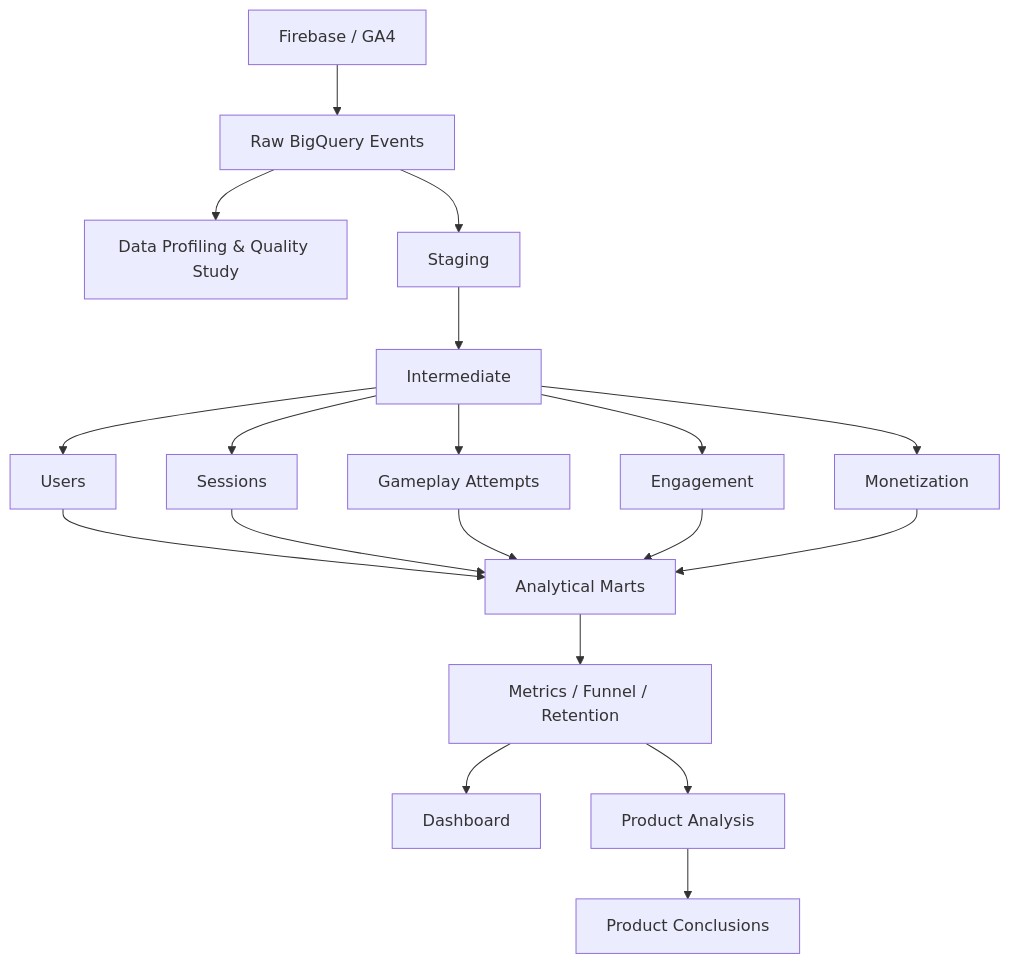
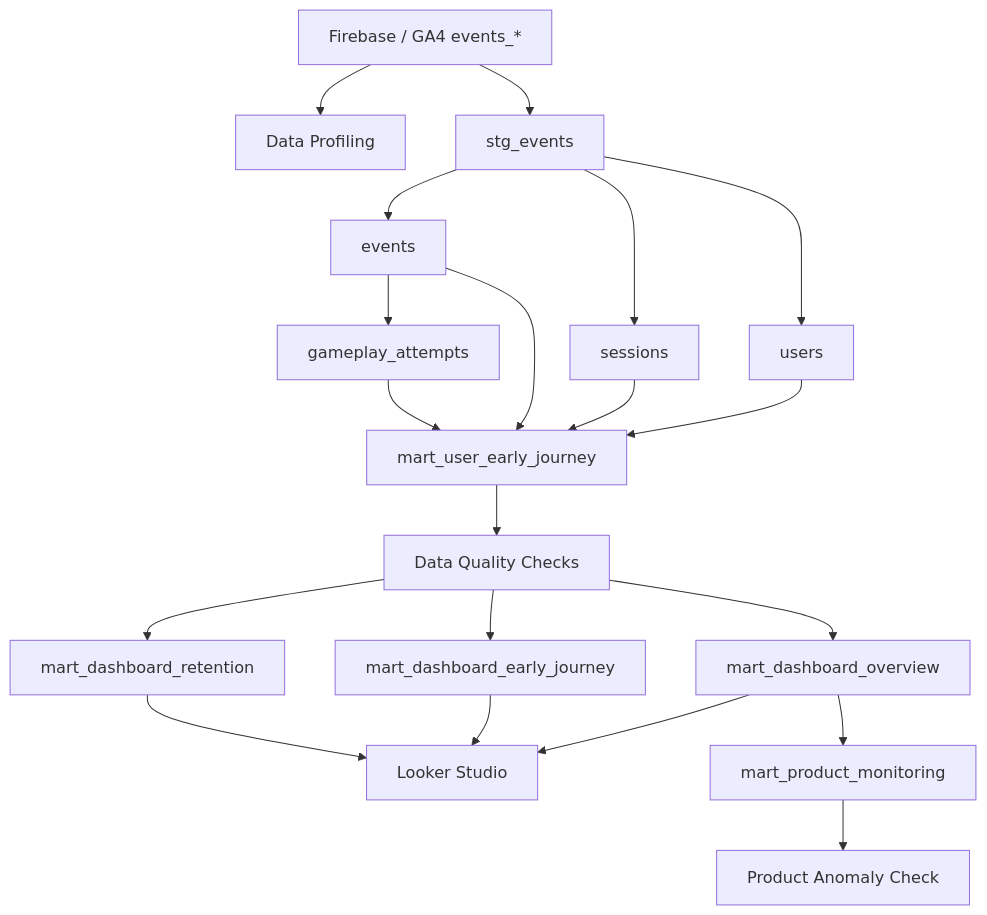
The diagram in README.md (Rabotish/floodit-product-analytics), drawn with Mermaid before and after one commit. The commit also changed other lines of this file and 5 other files, not shown here.

````diff
--- a/README.md
+++ b/README.md
@@ -179,26 +181,28 @@
 ```mermaid
 flowchart TB
-    A[Firebase / GA4] --> B[Raw BigQuery Events]
-    B --> O[Data Profiling & Quality Study]
-    B --> C[Staging]
-    C --> D[Intermediate]
+    A[Firebase / GA4 events_*] --> B[Data Profiling]
+    A --> C[stg_events]
 
-    D --> E[Users]
-    D --> F[Sessions]
-    D --> G[Gameplay Attempts]
-    D --> H[Engagement]
-    D --> I[Monetization]
+    C --> D[users]
+    C --> E[sessions]
+    C --> F[events]
+    F --> G[gameplay_attempts]
 
-    E --> J[Analytical Marts]
-    F --> J
-    G --> J
-    H --> J
-    I --> J
+    D --> H[mart_user_early_journey]
+    E --> H
+    F --> H
+    G --> H
 
-    J --> K[Metrics / Funnel / Retention]
+    H --> Q[Data Quality Checks]
 
-    K --> L[Dashboard]
-    K --> M[Product Analysis]
+    Q --> I[mart_dashboard_overview]
+    Q --> J[mart_dashboard_early_journey]
+    Q --> K[mart_dashboard_retention]
 
-    M --> N[Product Conclusions]
+    I --> L[Looker Studio]
+    J --> L
+    K --> L
+
+    I --> M[mart_product_monitoring]
+    M --> N[Product Anomaly Check]
 ```
````
